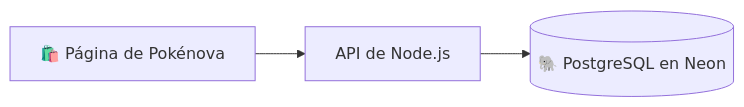
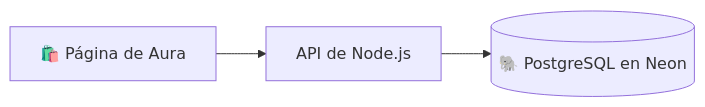
One commit to PaulaNarvaez/aura_tcg changed the diagram in database/README.md. Above: the diagram before and after it, drawn with Mermaid. The commit also changed other lines of this file and 21 other files, not shown here.

````diff
--- a/database/README.md
+++ b/database/README.md
@@ -5,5 +5,5 @@
 ```mermaid
 flowchart LR
-    pagina["🛍️ Página de Pokénova"] --> api["API de Node.js"]
+    pagina["🛍️ Página de Aura"] --> api["API de Node.js"]
     api --> datos[("🐘 PostgreSQL en Neon")]
 ```
````
